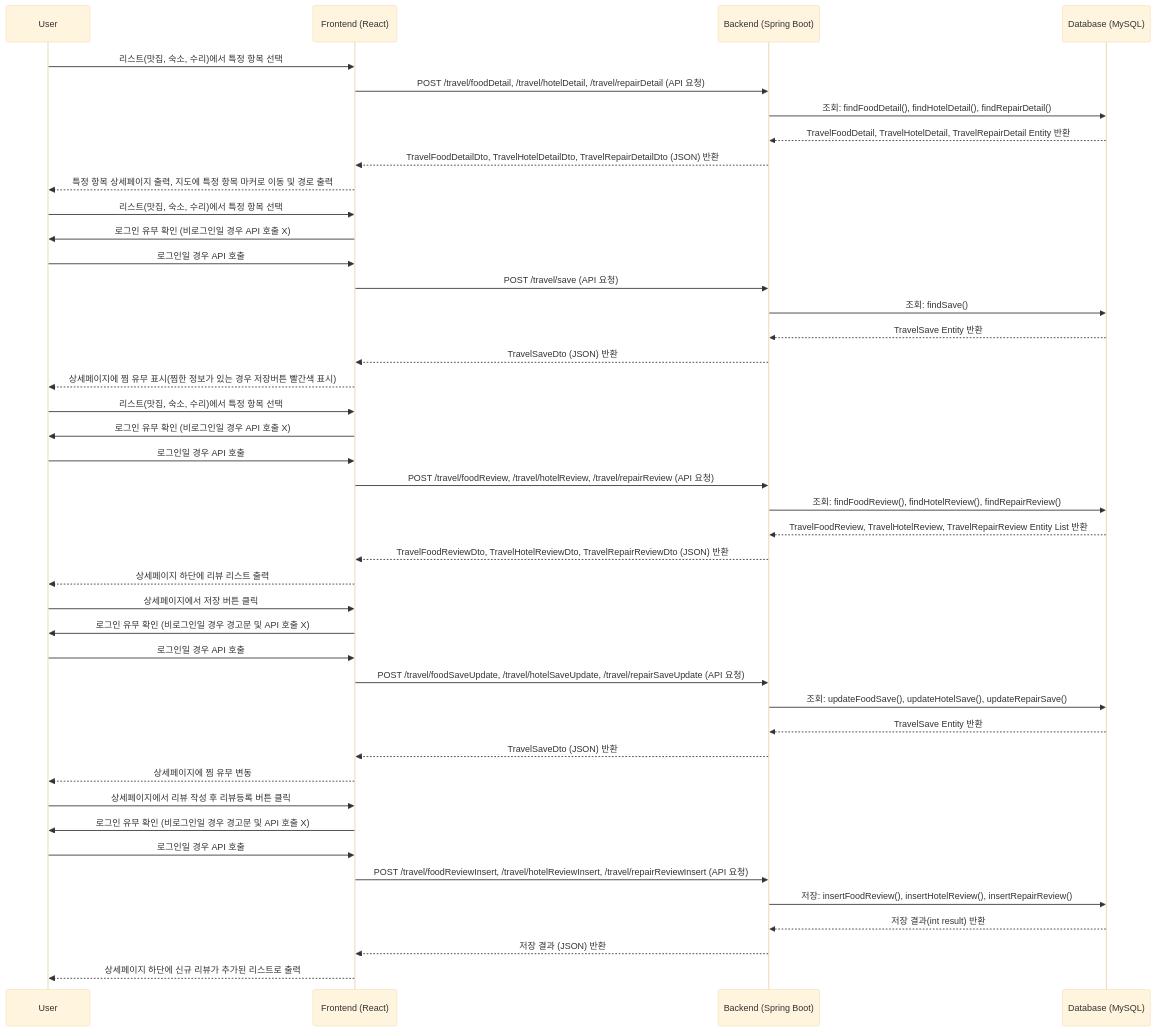
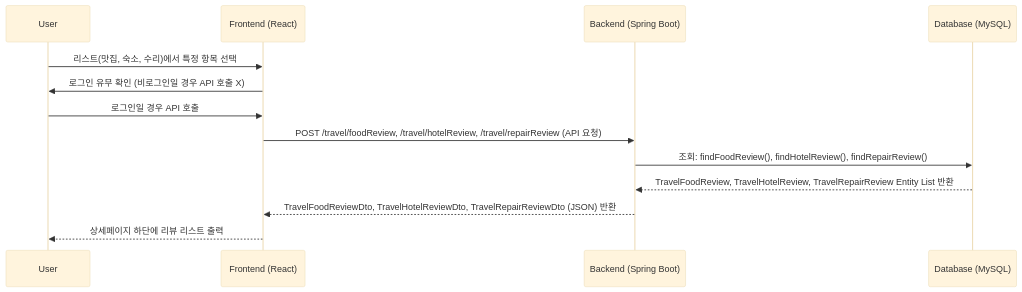
One commit to SUNGJISUCK95/teamproject changed the fifth of 7 diagrams in bicycle-app/frontend/Travel.md. Above: the diagram before and after it, drawn with Mermaid (base theme). The commit also changed other lines of this file, not shown here.

````diff
--- a/bicycle-app/frontend/Travel.md
+++ b/bicycle-app/frontend/Travel.md
@@ -30,55 +79,17 @@
 ```mermaid
 sequenceDiagram
     participant User
     participant Frontend as Frontend (React)
     participant Backend as Backend (Spring Boot)
     participant DB as Database (MySQL)
 
-    %% 1. 상세페이지 출력
-    User->>Frontend: 리스트(맛집, 숙소, 수리)에서 특정 항목 선택
-    Frontend->>Backend: POST /travel/foodDetail, /travel/hotelDetail, /travel/repairDetail (API 요청)
-    Backend->>DB: 조회: findFoodDetail(), findHotelDetail(), findRepairDetail()
-    DB-->>Backend: TravelFoodDetail, TravelHotelDetail, TravelRepairDetail Entity 반환
-    Backend-->>Frontend: TravelFoodDetailDto, TravelHotelDetailDto, TravelRepairDetailDto (JSON) 반환    
-    Frontend-->>User: 특정 항목 상세페이지 출력, 지도에 특정 항목 마커로 이동 및 경로 출력 
-    
-    %% 2. 회원별 찜 정보 가져오기
-    User->>Frontend: 리스트(맛집, 숙소, 수리)에서 특정 항목 선택
-    Frontend->>User: 로그인 유무 확인 (비로그인일 경우 API 호출 X)
-    User->>Frontend: 로그인일 경우 API 호출
-    Frontend->>Backend: POST /travel/save (API 요청)
-    Backend->>DB: 조회: findSave()
-    DB-->>Backend: TravelSave Entity 반환
-    Backend-->>Frontend: TravelSaveDto (JSON) 반환    
-    Frontend-->>User: 상세페이지에 찜 유무 표시(찜한 정보가 있는 경우 저장버튼 빨간색 표시)
-    
     %% 3. 리뷰 리스트 출력
     User->>Frontend: 리스트(맛집, 숙소, 수리)에서 특정 항목 선택
     Frontend->>User: 로그인 유무 확인 (비로그인일 경우 API 호출 X)
     User->>Frontend: 로그인일 경우 API 호출
     Frontend->>Backend: POST /travel/foodReview, /travel/hotelReview, /travel/repairReview (API 요청)
     Backend->>DB: 조회: findFoodReview(), findHotelReview(), findRepairReview()
     DB-->>Backend: TravelFoodReview, TravelHotelReview, TravelRepairReview Entity List 반환
     Backend-->>Frontend: TravelFoodReviewDto, TravelHotelReviewDto, TravelRepairReviewDto (JSON) 반환    
     Frontend-->>User: 상세페이지 하단에 리뷰 리스트 출력
-    
-    %% 4. 회원별 찜 수정
-    User->>Frontend: 상세페이지에서 저장 버튼 클릭
-    Frontend->>User: 로그인 유무 확인 (비로그인일 경우 경고문 및 API 호출 X)
-    User->>Frontend: 로그인일 경우 API 호출
-    Frontend->>Backend: POST /travel/foodSaveUpdate, /travel/hotelSaveUpdate, /travel/repairSaveUpdate (API 요청)
-    Backend->>DB: 조회: updateFoodSave(), updateHotelSave(), updateRepairSave()
-    DB-->>Backend: TravelSave Entity 반환
-    Backend-->>Frontend: TravelSaveDto (JSON) 반환    
-    Frontend-->>User: 상세페이지에 찜 유무 변동 
-    
-    %% 5. 리뷰 작성
-    User->>Frontend: 상세페이지에서 리뷰 작성 후 리뷰등록 버튼 클릭
-    Frontend->>User: 로그인 유무 확인 (비로그인일 경우 경고문 및 API 호출 X)
-    User->>Frontend: 로그인일 경우 API 호출
-    Frontend->>Backend: POST /travel/foodReviewInsert, /travel/hotelReviewInsert, /travel/repairReviewInsert (API 요청)
-    Backend->>DB: 저장: insertFoodReview(), insertHotelReview(), insertRepairReview()
-    DB-->>Backend: 저장 결과(int result) 반환
-    Backend-->>Frontend: 저장 결과 (JSON) 반환    
-    Frontend-->>User: 상세페이지 하단에 신규 리뷰가 추가된 리스트로 출력
 ```
````
